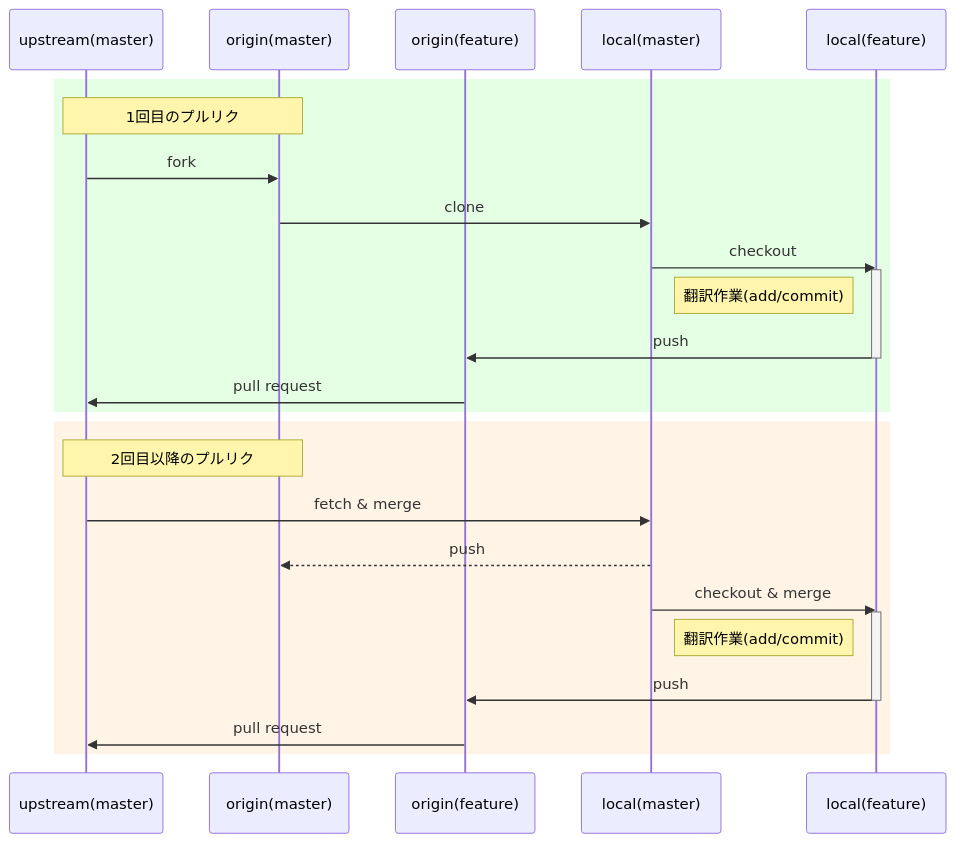
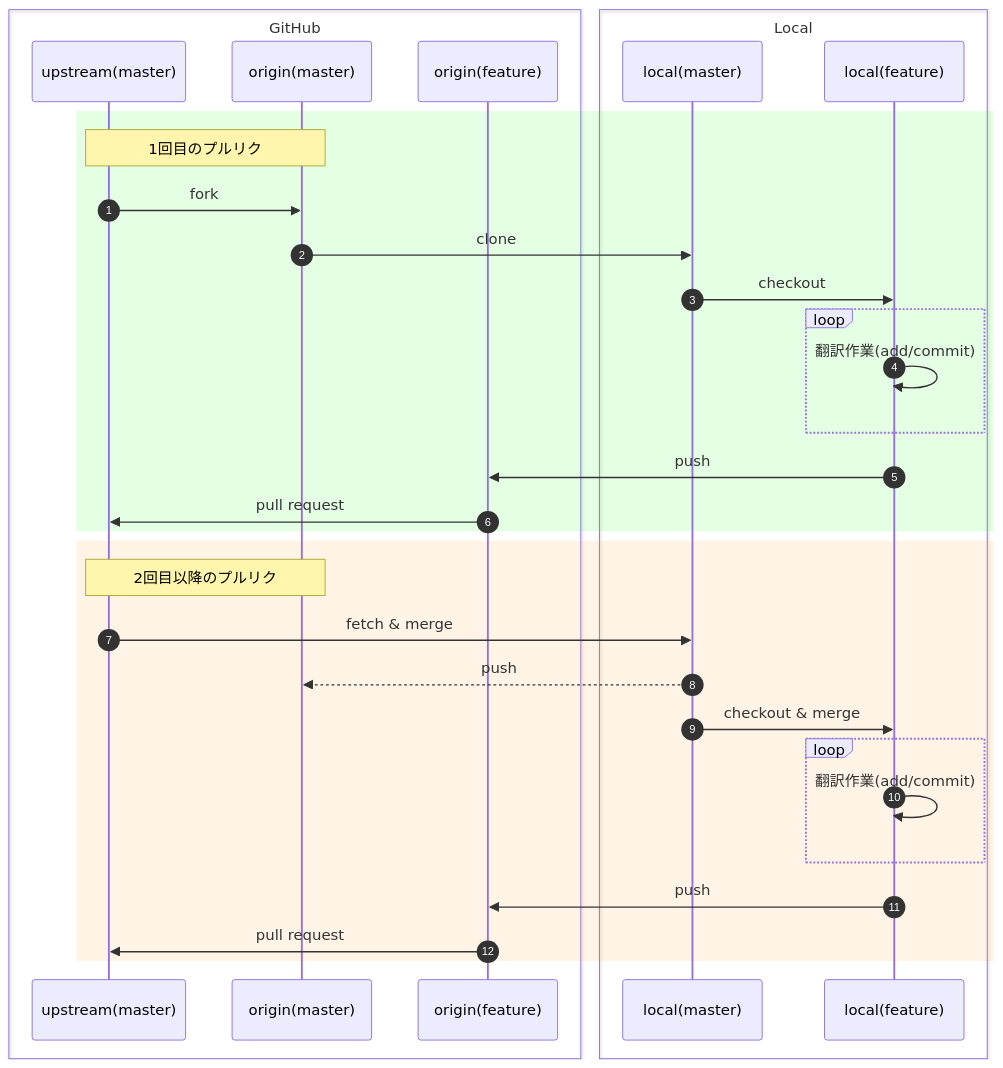
The tenth of 10 diagrams in articles/translate-with-gitandgithub.md (yo-goto/zenn-public-repo), drawn with Mermaid before and after one commit. The commit also changed other lines of this file, not shown here.

Commit message:
💡 update(article): mermaidのグラフを更新

````diff
--- a/articles/translate-with-gitandgithub.md
+++ b/articles/translate-with-gitandgithub.md
@@ -729,30 +730,35 @@
 ```mermaid
+%%{init: { 'sequence': { 'showSequenceNumbers': true } } }%%
 sequenceDiagram
+  box GitHub
 	participant A as upstream(master)
 	participant B as origin(master)
 	participant C as origin(feature)
+  end
+  box Local
 	participant D as local(master)
 	participant E as local(feature)
+  end
 	rect rgba(0, 255, 0, .1)
 		Note over A,B: 1回目のプルリク
 		A->>B: fork
 		B->>D: clone
 		D->>E: checkout
-		activate E
-		Note left of E: 翻訳作業(add/commit)
+    loop
+      E->>E: 翻訳作業(add/commit)
+    end
 		E->>C: push
-		deactivate E
 		C->>A: pull request
 	end
 	rect rgba(250, 150, 10, .1)
 		Note over A,B: 2回目以降のプルリク
 		A->>D: fetch & merge
 		D-->>B: push
 		D->>E: checkout & merge
-		activate E
-		Note left of E: 翻訳作業(add/commit)
+    loop
+      E->>E: 翻訳作業(add/commit)
+    end
 		E->>C: push
-		deactivate E
 		C->>A: pull request
 	end
 ```
````
